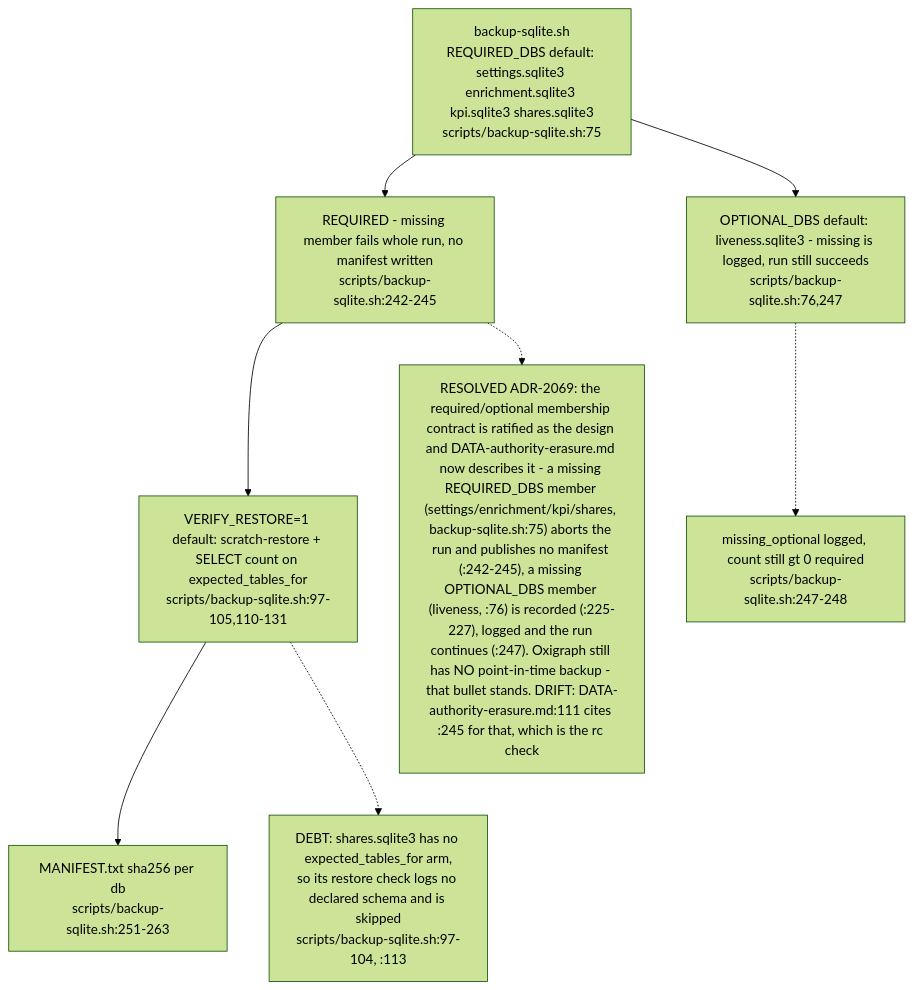
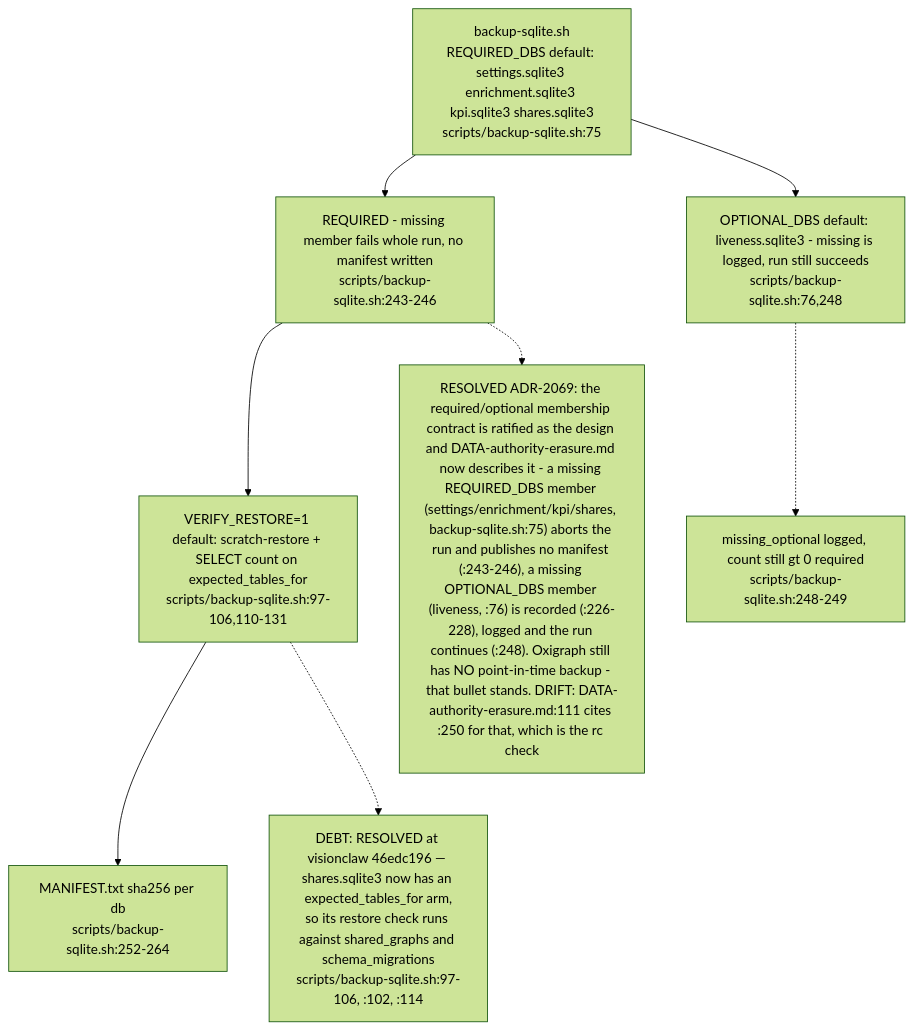
Before and after one commit to DreamLab-AI/VisionFlow: diagram 11 of 14 in docs/diagrams/visionclaw/22-data-authority-provenance-erasure.md, drawn with Mermaid (forest theme). The commit also changed other lines of this file and 49 other files, not shown here.

First line of the commit message:
docs(diagrams): re-derive and re-stamp VisionClaw, estate, knowledge-graph, visionGraph, VisionFlow and sidestr topics

````diff
--- a/docs/diagrams/visionclaw/22-data-authority-provenance-erasure.md
+++ b/docs/diagrams/visionclaw/22-data-authority-provenance-erasure.md
@@ -483,12 +483,12 @@
 ```mermaid
 flowchart TD
-    Script["backup-sqlite.sh<br/>REQUIRED_DBS default: settings.sqlite3 enrichment.sqlite3 kpi.sqlite3 shares.sqlite3<br/>scripts/backup-sqlite.sh:75"] --> Req["REQUIRED - missing member fails whole run, no manifest written<br/>scripts/backup-sqlite.sh:242-245"]
-    Script --> Opt["OPTIONAL_DBS default: liveness.sqlite3 - missing is logged, run still succeeds<br/>scripts/backup-sqlite.sh:76,247"]
-    Req --> Verify["VERIFY_RESTORE=1 default: scratch-restore + SELECT count on expected_tables_for<br/>scripts/backup-sqlite.sh:97-105,110-131"]
-    Verify --> Manifest["MANIFEST.txt sha256 per db<br/>scripts/backup-sqlite.sh:251-263"]
-    Opt -.-> Missing["missing_optional logged, count still gt 0 required<br/>scripts/backup-sqlite.sh:247-248"]
+    Script["backup-sqlite.sh<br/>REQUIRED_DBS default: settings.sqlite3 enrichment.sqlite3 kpi.sqlite3 shares.sqlite3<br/>scripts/backup-sqlite.sh:75"] --> Req["REQUIRED - missing member fails whole run, no manifest written<br/>scripts/backup-sqlite.sh:243-246"]
+    Script --> Opt["OPTIONAL_DBS default: liveness.sqlite3 - missing is logged, run still succeeds<br/>scripts/backup-sqlite.sh:76,248"]
+    Req --> Verify["VERIFY_RESTORE=1 default: scratch-restore + SELECT count on expected_tables_for<br/>scripts/backup-sqlite.sh:97-106,110-131"]
+    Verify --> Manifest["MANIFEST.txt sha256 per db<br/>scripts/backup-sqlite.sh:252-264"]
+    Opt -.-> Missing["missing_optional logged, count still gt 0 required<br/>scripts/backup-sqlite.sh:248-249"]
 
-    DriftNote["RESOLVED ADR-2069: the required/optional membership contract is ratified as the design and DATA-authority-erasure.md now describes it - a missing REQUIRED_DBS member (settings/enrichment/kpi/shares, backup-sqlite.sh:75) aborts the run and publishes no manifest (:242-245), a missing OPTIONAL_DBS member (liveness, :76) is recorded (:225-227), logged and the run continues (:247). Oxigraph still has NO point-in-time backup - that bullet stands. DRIFT: DATA-authority-erasure.md:111 cites :245 for that, which is the rc check"]
+    DriftNote["RESOLVED ADR-2069: the required/optional membership contract is ratified as the design and DATA-authority-erasure.md now describes it - a missing REQUIRED_DBS member (settings/enrichment/kpi/shares, backup-sqlite.sh:75) aborts the run and publishes no manifest (:243-246), a missing OPTIONAL_DBS member (liveness, :76) is recorded (:226-228), logged and the run continues (:248). Oxigraph still has NO point-in-time backup - that bullet stands. DRIFT: DATA-authority-erasure.md:111 cites :250 for that, which is the rc check"]
     Req -.-> DriftNote
-    Verify -.-> NoSchema["DEBT: shares.sqlite3 has no expected_tables_for arm,<br/>so its restore check logs no declared schema and is skipped<br/>scripts/backup-sqlite.sh:97-104, :113"]
+    Verify -.-> NoSchema["DEBT: RESOLVED at visionclaw 46edc196 — shares.sqlite3 now has an expected_tables_for arm,<br/>so its restore check runs against shared_graphs and schema_migrations<br/>scripts/backup-sqlite.sh:97-106, :102, :114"]
 ```
````
